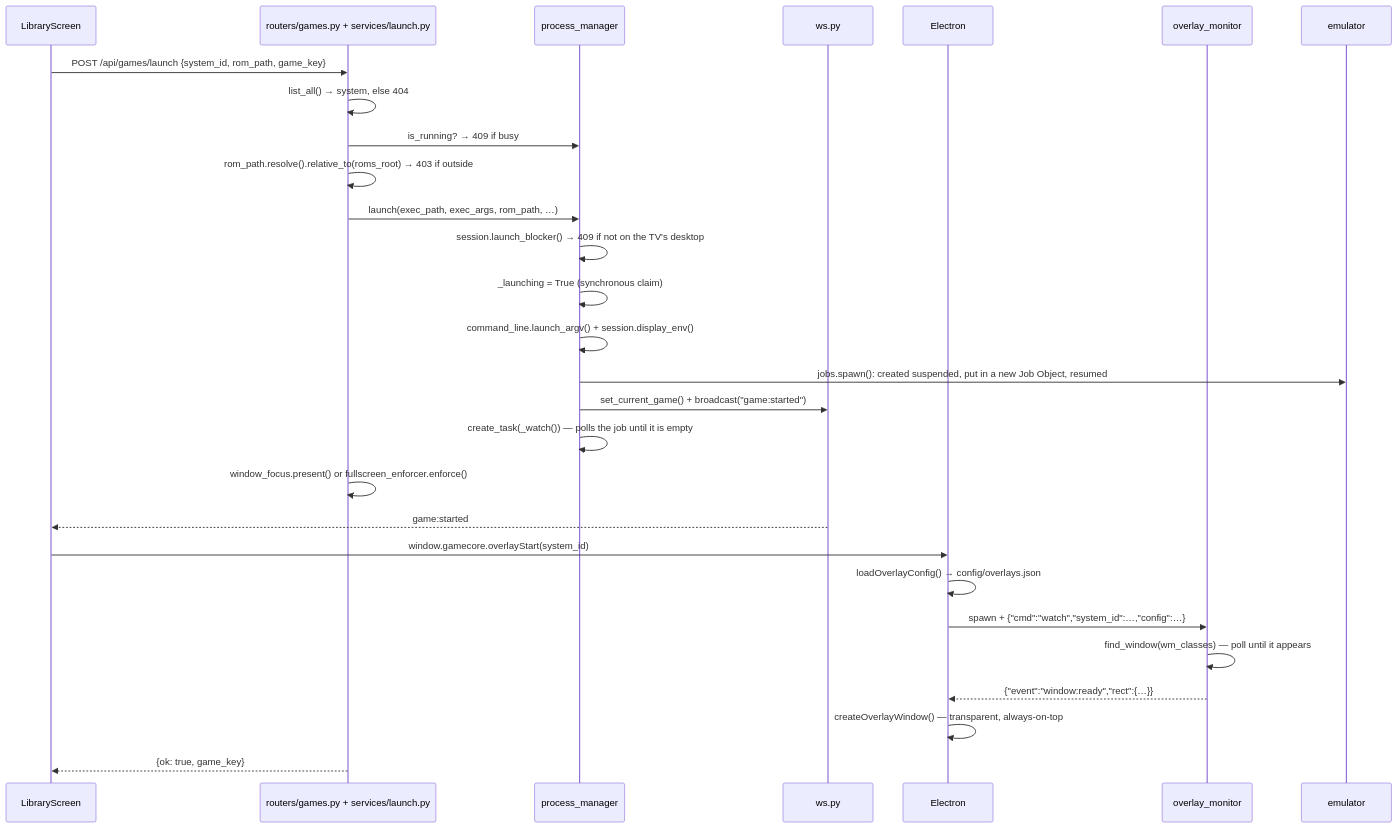
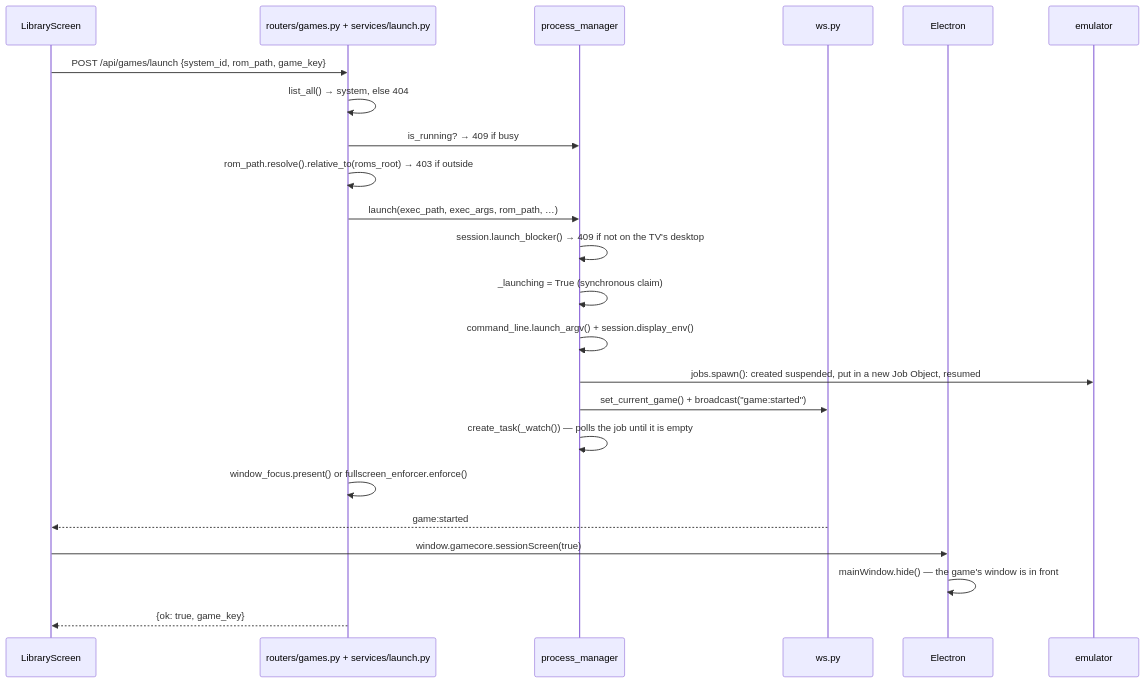
Before and after one commit to p4v1c/GamecoreWindows: the first of 9 diagrams in docs/architecture/02-request-flows.md, drawn with Mermaid. The commit also changed other lines of this file and 72 other files, not shown here.

````diff
--- a/docs/architecture/02-request-flows.md
+++ b/docs/architecture/02-request-flows.md
@@ -7,31 +7,26 @@
 ```mermaid
 sequenceDiagram
     participant ui as LibraryScreen
     participant r as routers/games.py + services/launch.py
     participant pm as process_manager
     participant ws as ws.py
     participant el as Electron
-    participant mon as overlay_monitor
     participant emu as emulator
 
     ui->>r: POST /api/games/launch {system_id, rom_path, game_key}
     r->>r: list_all() → system, else 404
     r->>pm: is_running? → 409 if busy
     r->>r: rom_path.resolve().relative_to(roms_root) → 403 if outside
     r->>pm: launch(exec_path, exec_args, rom_path, …)
     pm->>pm: session.launch_blocker() → 409 if not on the TV's desktop
     pm->>pm: _launching = True (synchronous claim)
     pm->>pm: command_line.launch_argv() + session.display_env()
     pm->>emu: jobs.spawn(): created suspended, put in a new Job Object, resumed
     pm->>ws: set_current_game() + broadcast("game:started")
     pm->>pm: create_task(_watch()) — polls the job until it is empty
     r->>r: window_focus.present() or fullscreen_enforcer.enforce()
     ws-->>ui: game:started
-    ui->>el: window.gamecore.overlayStart(system_id)
-    el->>el: loadOverlayConfig() → config/overlays.json
-    el->>mon: spawn + {"cmd":"watch","system_id":…,"config":…}
-    mon->>mon: find_window(wm_classes) — poll until it appears
-    mon-->>el: {"event":"window:ready","rect":{…}}
-    el->>el: createOverlayWindow() — transparent, always-on-top
+    ui->>el: window.gamecore.sessionScreen(true)
+    el->>el: mainWindow.hide() — the game's window is in front
     r-->>ui: {ok: true, game_key}
 ```
````
